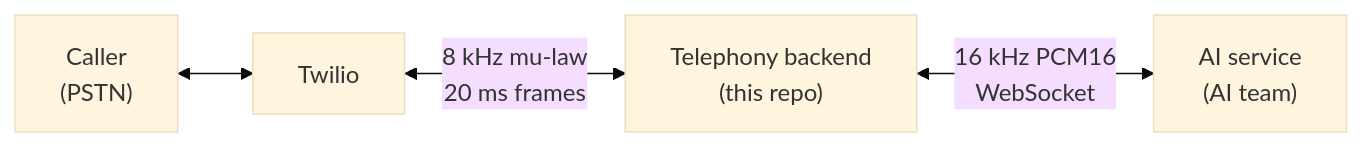
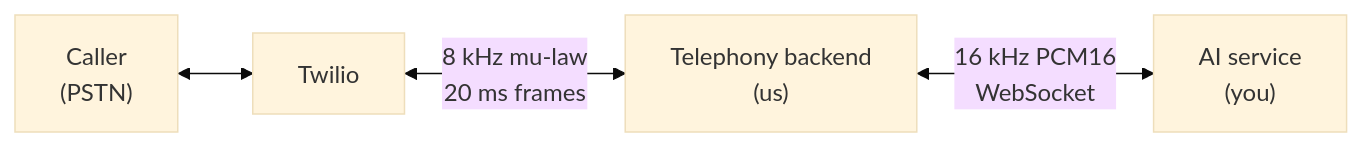
Before and after one commit to BopsAIle/phone_call_project: the diagram in docs/integrations/ai-bridge-contract.md, drawn with Mermaid (base theme). The commit also changed other lines of this file, not shown here.

````diff
--- a/docs/integrations/ai-bridge-contract.md
+++ b/docs/integrations/ai-bridge-contract.md
@@ -23,6 +41,6 @@
 ```mermaid
 flowchart LR
     Caller["Caller<br/>(PSTN)"] <--> Twilio
-    Twilio <-->|"8 kHz mu-law<br/>20 ms frames"| Backend["Telephony backend<br/>(this repo)"]
-    Backend <-->|"16 kHz PCM16<br/>WebSocket"| AI["AI service<br/>(AI team)"]
+    Twilio <-->|"8 kHz mu-law<br/>20 ms frames"| Backend["Telephony backend<br/>(us)"]
+    Backend <-->|"16 kHz PCM16<br/>WebSocket"| AI["AI service<br/>(you)"]
 ```
````
